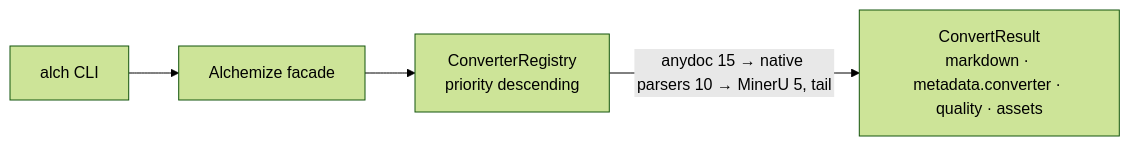
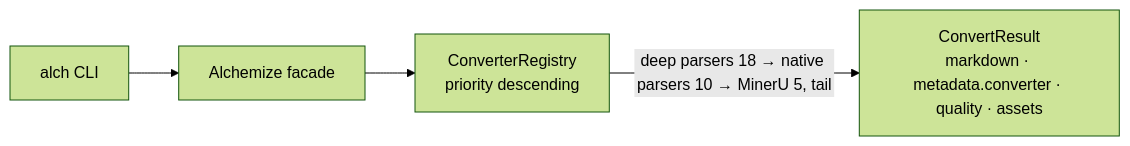
Before and after one commit to Kirky-X/alchemize: the diagram in README_EN.md, drawn with Mermaid (forest theme). The commit also changed other lines of this file and 43 other files, not shown here.

````diff
--- a/README_EN.md
+++ b/README_EN.md
@@ -230,6 +257,6 @@
 ```mermaid
 flowchart LR
     CLI["alch CLI"] --> FACADE["Alchemize facade"]
     FACADE --> REG["ConverterRegistry<br/>priority descending"]
-    REG -- "anydoc 15 → native parsers 10 → MinerU 5, tail" --> RESULT["ConvertResult<br/>markdown · metadata.converter · quality · assets"]
+    REG -- "deep parsers 18 → native parsers 10 → MinerU 5, tail" --> RESULT["ConvertResult<br/>markdown · metadata.converter · quality · assets"]
 ```
````
